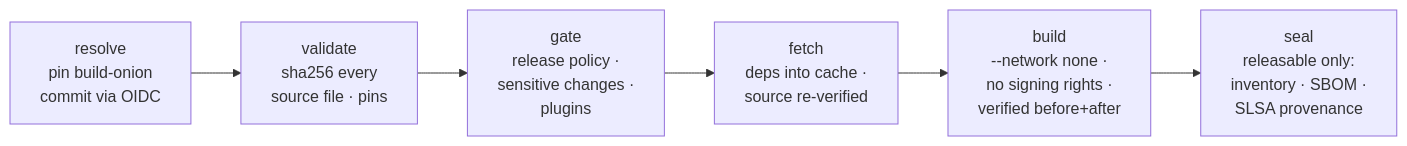
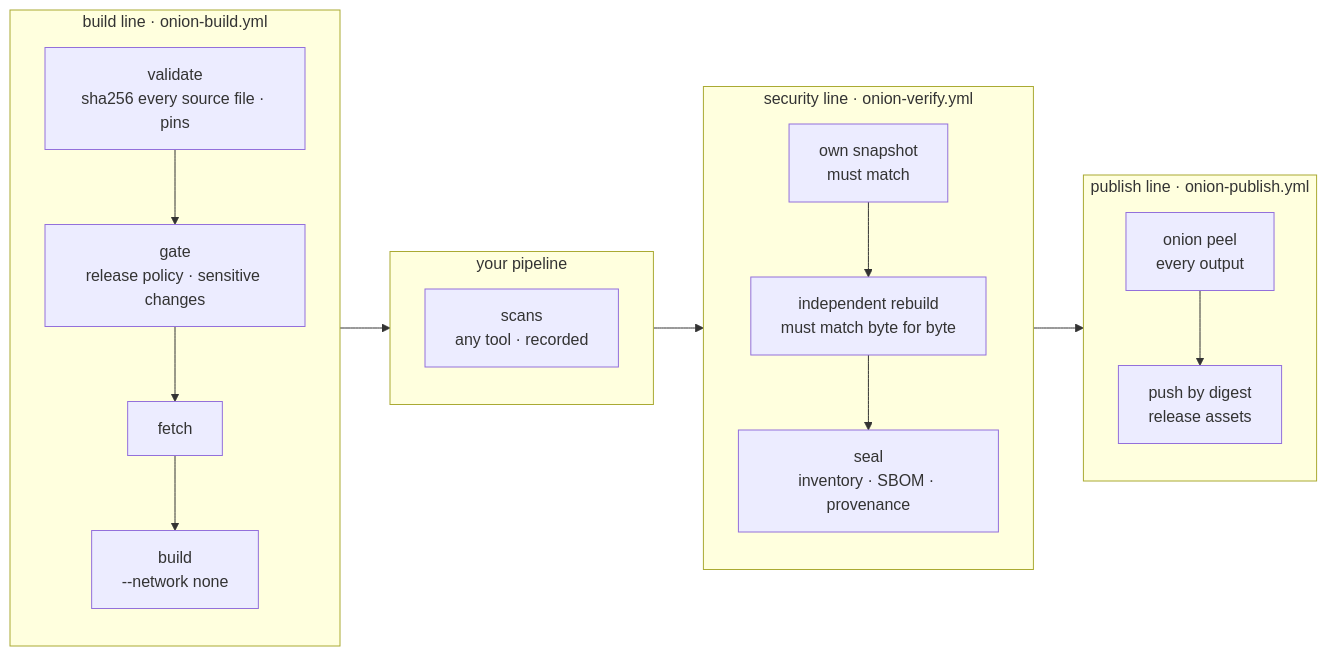
Before and after one commit to PatterCJ/build-onion: the diagram in README.md, drawn with Mermaid. The commit also changed other lines of this file and 23 other files, not shown here.

First line of the commit message:
Phase B: separate build, security and publish lines

````diff
--- a/README.md
+++ b/README.md
@@ -23,8 +22,19 @@
 ```mermaid
 flowchart LR
-  R[resolve<br/>pin build-onion<br/>commit via OIDC] --> V[validate<br/>sha256 every<br/>source file · pins]
-  V --> G[gate<br/>release policy ·<br/>sensitive changes ·<br/>plugins]
-  G --> F[fetch<br/>deps into cache ·<br/>source re-verified]
-  F --> B[build<br/>--network none ·<br/>no signing rights ·<br/>verified before+after]
-  B --> S[seal<br/>releasable only:<br/>inventory · SBOM ·<br/>SLSA provenance]
+  subgraph B["build line · onion-build.yml"]
+    direction TB
+    B1[validate<br/>sha256 every source file · pins] --> B2[gate<br/>release policy · sensitive changes] --> B3[fetch] --> B4[build<br/>--network none]
+  end
+  subgraph S["your pipeline"]
+    SC[scans<br/>any tool · recorded]
+  end
+  subgraph V["security line · onion-verify.yml"]
+    direction TB
+    V1[own snapshot<br/>must match] --> V2[independent rebuild<br/>must match byte for byte] --> V3[seal<br/>inventory · SBOM · provenance]
+  end
+  subgraph P["publish line · onion-publish.yml"]
+    direction TB
+    P1[onion peel<br/>every output] --> P2[push by digest<br/>release assets]
+  end
+  B --> S --> V --> P
 ```
````
